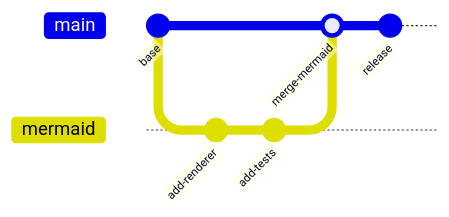
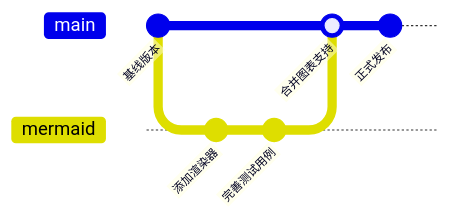
Diagram 12 of 14 in src/content/posts/markdown-mermaid.md (Dawn6666666/Shirone), drawn with Mermaid before and after one commit. The commit also changed other lines of this file and 28 other files, not shown here.

````diff
--- a/src/content/posts/markdown-mermaid.md
+++ b/src/content/posts/markdown-mermaid.md
@@ -247,13 +247,13 @@
 ```mermaid
 gitGraph
-    accTitle: Mermaid feature branch history
-    accDescr: A feature branch adds the renderer and tests before merging into the main branch for release.
-    commit id: "base"
+    accTitle: Mermaid 特性分支开发历史
+    accDescr: 特性分支完成渲染器与测试用例开发，随后合并入主分支并发布。
+    commit id: "基线版本"
     branch mermaid
     checkout mermaid
-    commit id: "add-renderer"
-    commit id: "add-tests"
+    commit id: "添加渲染器"
+    commit id: "完善测试用例"
     checkout main
-    merge mermaid id: "merge-mermaid"
-    commit id: "release"
+    merge mermaid id: "合并图表支持"
+    commit id: "正式发布"
 ```
````
